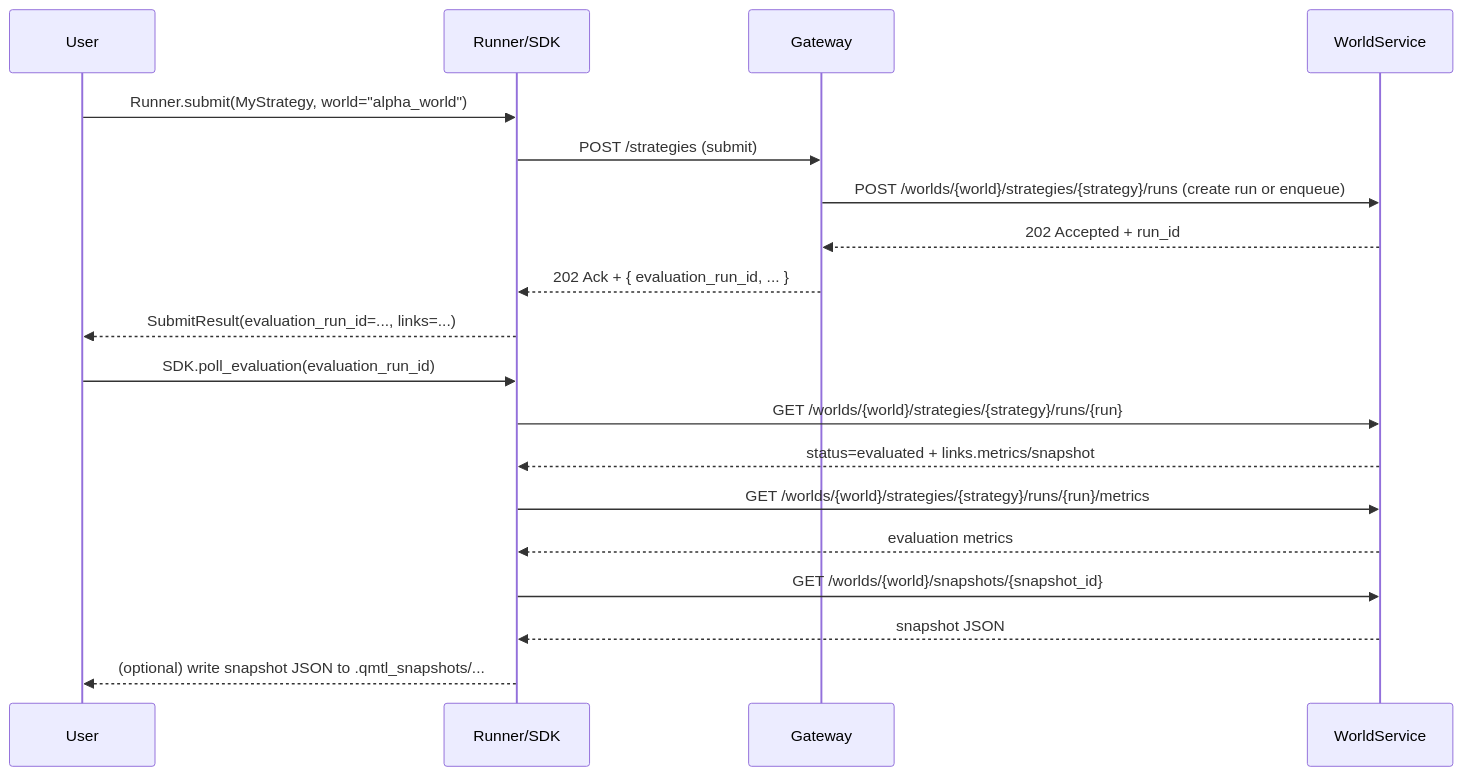
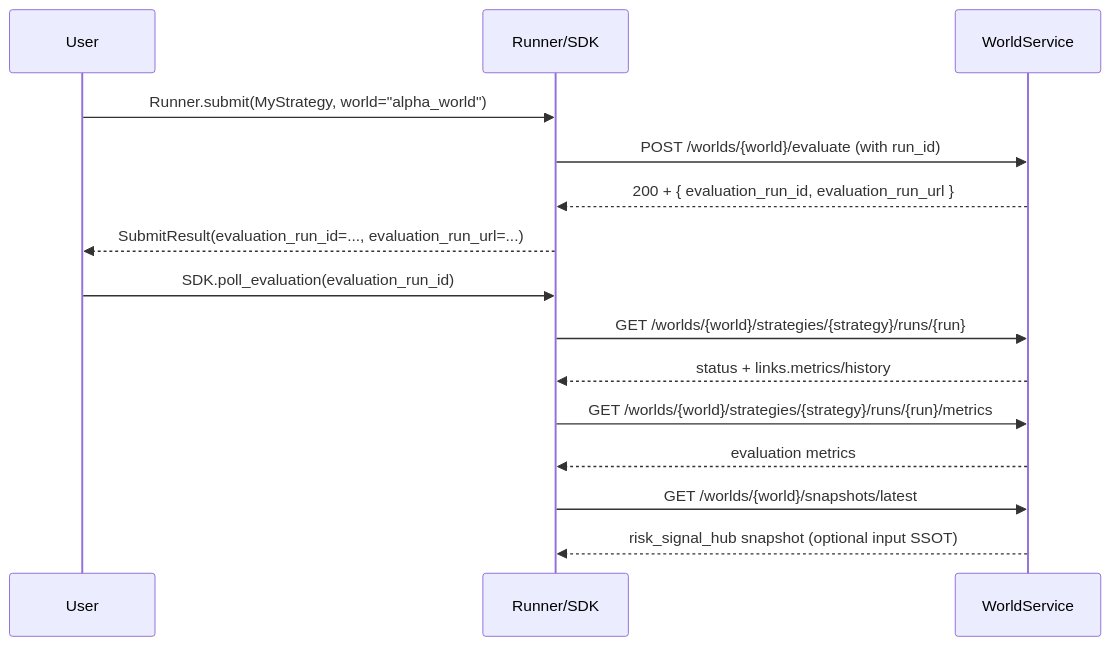
Before and after one commit to hyophyop/qmtl: the second of 2 diagrams in docs/ko/design/worldservice_evaluation_runs_and_metrics_api.md, drawn with Mermaid. The commit also changed other lines of this file and 1 other file, not shown here.

First line of the commit message:
Align eval-run snapshot docs with risk hub (#1992)

````diff
--- a/docs/ko/design/worldservice_evaluation_runs_and_metrics_api.md
+++ b/docs/ko/design/worldservice_evaluation_runs_and_metrics_api.md
@@ -273,25 +248,21 @@
 ```mermaid
 sequenceDiagram
     participant User
     participant SDK as Runner/SDK
-    participant GW as Gateway
     participant WS as WorldService
 
     User->>SDK: Runner.submit(MyStrategy, world="alpha_world")
-    SDK->>GW: POST /strategies (submit)
-    GW->>WS: POST /worlds/{world}/strategies/{strategy}/runs (create run or enqueue)
-    WS-->>GW: 202 Accepted + run_id
-    GW-->>SDK: 202 Ack + { evaluation_run_id, ... }
-    SDK-->>User: SubmitResult(evaluation_run_id=..., links=...)
+    SDK->>WS: POST /worlds/{world}/evaluate (with run_id)
+    WS-->>SDK: 200 + { evaluation_run_id, evaluation_run_url }
+    SDK-->>User: SubmitResult(evaluation_run_id=..., evaluation_run_url=...)
 
     User->>SDK: SDK.poll_evaluation(evaluation_run_id)
     SDK->>WS: GET /worlds/{world}/strategies/{strategy}/runs/{run}
-    WS-->>SDK: status=evaluated + links.metrics/snapshot
+    WS-->>SDK: status + links.metrics/history
 
     SDK->>WS: GET /worlds/{world}/strategies/{strategy}/runs/{run}/metrics
     WS-->>SDK: evaluation metrics
 
-    SDK->>WS: GET /worlds/{world}/snapshots/{snapshot_id}
-    WS-->>SDK: snapshot JSON
-    SDK-->>User: (optional) write snapshot JSON to .qmtl_snapshots/...
+    SDK->>WS: GET /worlds/{world}/snapshots/latest
+    WS-->>SDK: risk_signal_hub snapshot (optional input SSOT)
 ```
````
